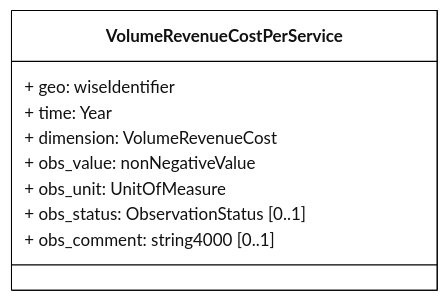
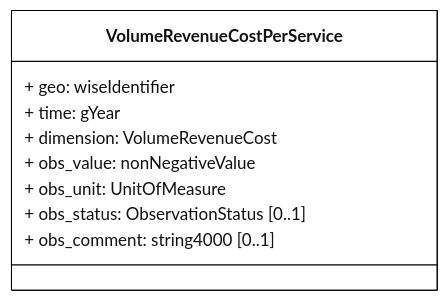
Before and after one commit to eeadata/WISE.WFD.Documentation: the diagram in docs/DataModelReview/mmd/EconomicAnalysis_Volume.mmd, drawn with Mermaid. The commit also changed 1 other file, not shown here.

```diff
--- a/docs/DataModelReview/mmd/EconomicAnalysis_Volume.mmd
+++ b/docs/DataModelReview/mmd/EconomicAnalysis_Volume.mmd
@@ -1,22 +1,22 @@
 ---
 config:
   class:
     hideEmptyMembersBox: true
   layout: dagre
   theme: neutral
 ---
 classDiagram
     direction TB
 
     class VolumeRevenueCostPerService {
         + geo: wiseIdentifier 
-        + time: Year 
+        + time: gYear
         + dimension: VolumeRevenueCost 
         + obs_value: nonNegativeValue
         + obs_unit: UnitOfMeasure 
         + obs_status: ObservationStatus [0..1]
         + obs_comment: string4000 [0..1]
     }
 
 classDef default fill:white,stroke:#000;
 classDef forFixing fill:white,stroke:#f00;
```
